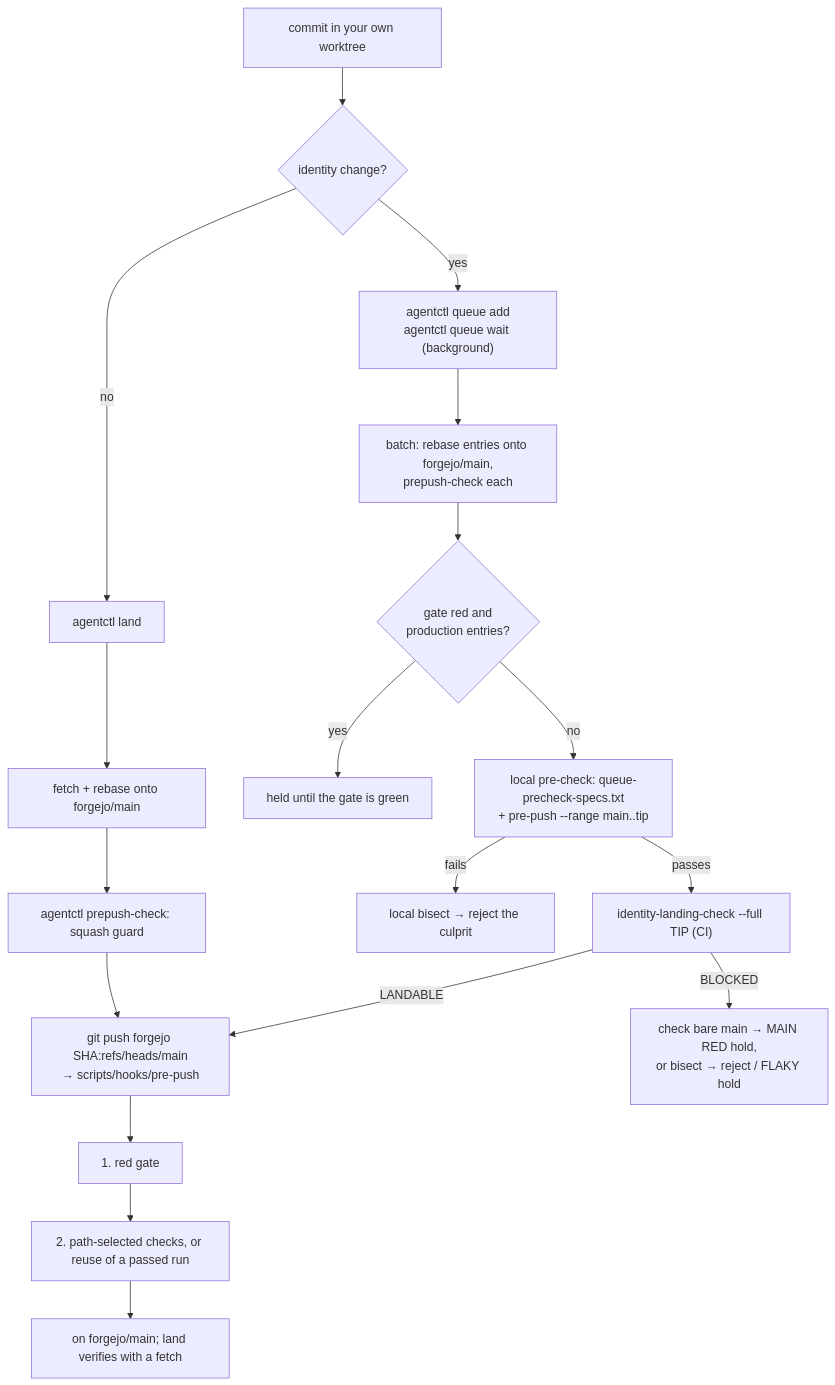
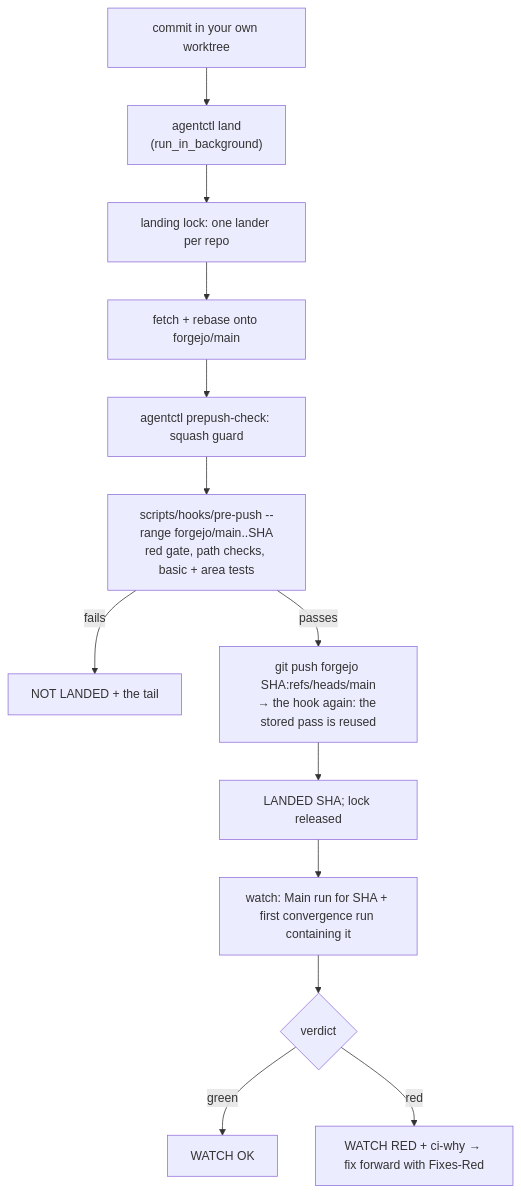
The diagram in docs/landing-process.md (pawelkrupinski/movies), drawn with Mermaid before and after one commit. The commit also changed other lines of this file and 9 other files, not shown here.

First line of the commit message:
Landing without pre-merge CI: the hook runs the basic tests and the touched area's tests locally

````diff
--- a/docs/landing-process.md
+++ b/docs/landing-process.md
@@ -17,20 +33,15 @@
 ```mermaid
 flowchart TD
-    C[commit in your own worktree] --> K{identity change?}
-    K -- no --> L["agentctl land"]
-    K -- yes --> Q["agentctl queue add<br/>agentctl queue wait (background)"]
-    L --> F[fetch + rebase onto forgejo/main]
+    C[commit in your own worktree] --> L["agentctl land<br/>(run_in_background)"]
+    L --> K[landing lock: one lander per repo]
+    K --> F[fetch + rebase onto forgejo/main]
     F --> P[agentctl prepush-check: squash guard]
-    P --> H["git push forgejo SHA:refs/heads/main<br/>→ scripts/hooks/pre-push"]
-    Q --> B[batch: rebase entries onto forgejo/main,<br/>prepush-check each]
-    B --> G1{gate red and<br/>production entries?}
-    G1 -- yes --> HOLD1[held until the gate is green]
-    G1 -- no --> PC["local pre-check: queue-precheck-specs.txt<br/>+ pre-push --range main..tip"]
-    PC -- fails --> BIS[local bisect → reject the culprit]
-    PC -- passes --> LC["identity-landing-check --full TIP (CI)"]
-    LC -- BLOCKED --> BL[check bare main → MAIN RED hold,<br/>or bisect → reject / FLAKY hold]
-    LC -- LANDABLE --> H
-    H --> RG[1. red gate]
-    RG --> PATH[2. path-selected checks, or reuse of a passed run]
-    PATH --> M[on forgejo/main; land verifies with a fetch]
+    P --> D["scripts/hooks/pre-push --range forgejo/main..SHA<br/>red gate, path checks, basic + area tests"]
+    D -- fails --> N[NOT LANDED + the tail]
+    D -- passes --> H["git push forgejo SHA:refs/heads/main<br/>→ the hook again: the stored pass is reused"]
+    H --> V[LANDED SHA; lock released]
+    V --> W["watch: Main run for SHA + first convergence run containing it"]
+    W --> R{verdict}
+    R -- green --> OK[WATCH OK]
+    R -- red --> RED["WATCH RED + ci-why → fix forward with Fixes-Red"]
 ```
````
